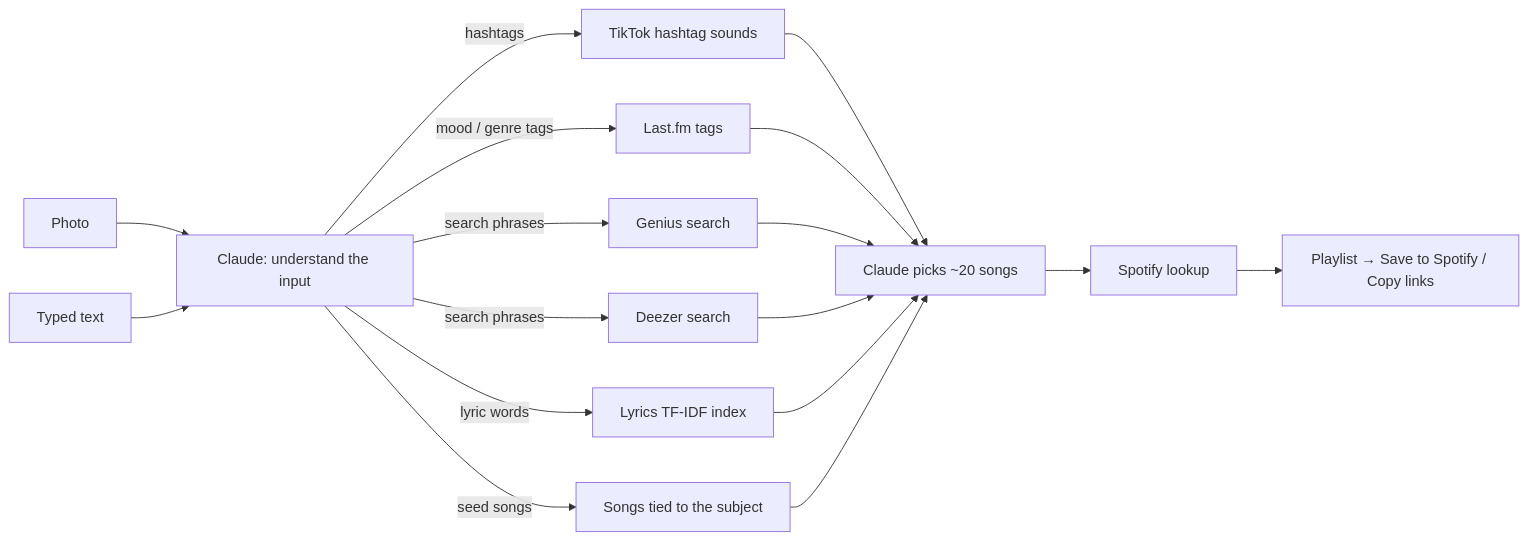
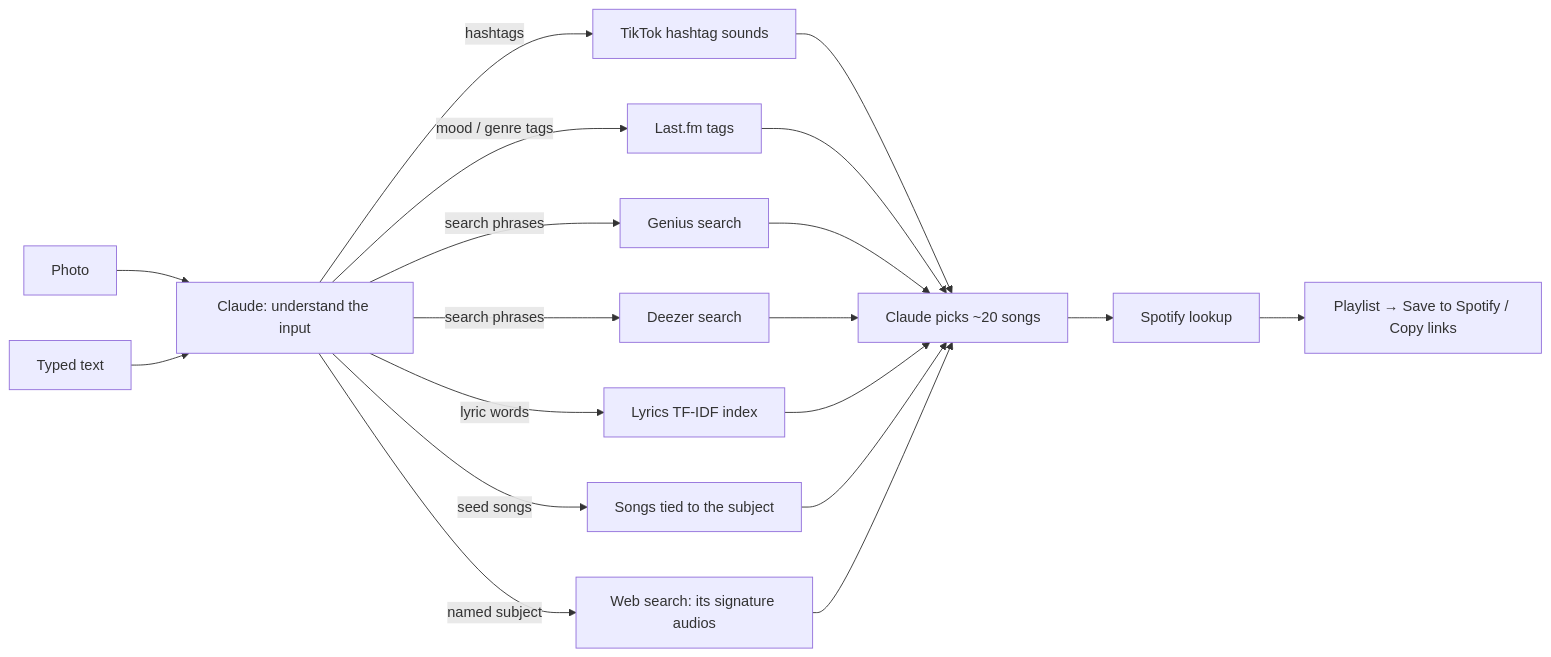
The diagram in README.md (buahomy/MELODRIP-Image-to-Music-Playlist-Generator), drawn with Mermaid before and after one commit. The commit also changed other lines of this file and 4 other files, not shown here.

First line of the commit message:
Find a subject's signature audios: web lookup, TikTok search, view ranking

````diff
--- a/README.md
+++ b/README.md
@@ -15,14 +15,15 @@
 ```mermaid
 flowchart LR
   A[Photo] --> U[Claude: understand the input]
   B[Typed text] --> U
   U -->|hashtags| T[TikTok hashtag sounds]
   U -->|mood / genre tags| L[Last.fm tags]
   U -->|search phrases| G[Genius search]
   U -->|search phrases| D[Deezer search]
   U -->|lyric words| X[Lyrics TF-IDF index]
   U -->|seed songs| SD[Songs tied to the subject]
-  T & L & G & D & X & SD --> CL[Claude picks ~20 songs]
+  U -->|named subject| W[Web search: its signature audios]
+  T & L & G & D & X & SD & W --> CL[Claude picks ~20 songs]
   CL --> S[Spotify lookup]
   S --> P[Playlist → Save to Spotify / Copy links]
 ```
````
